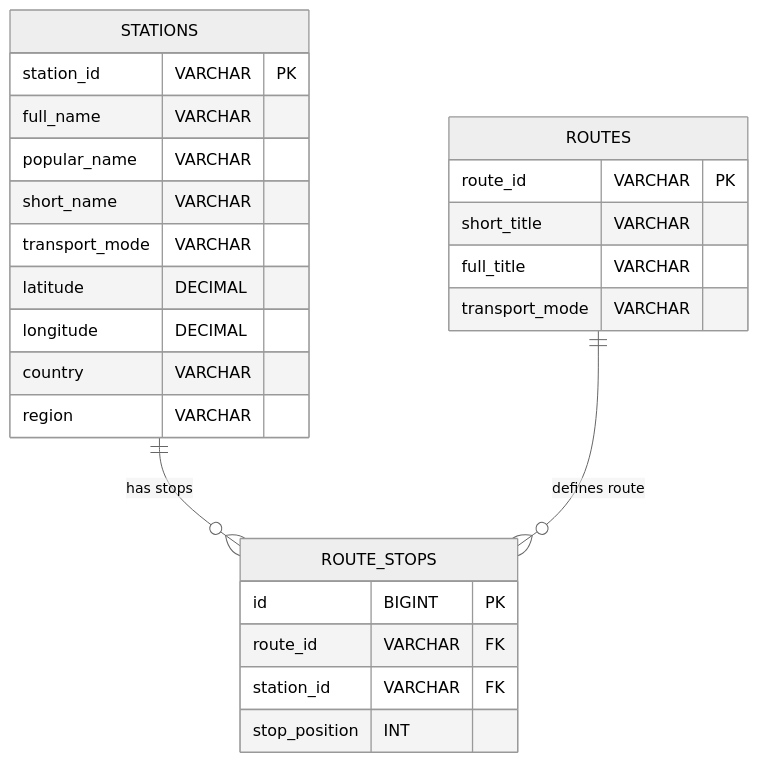
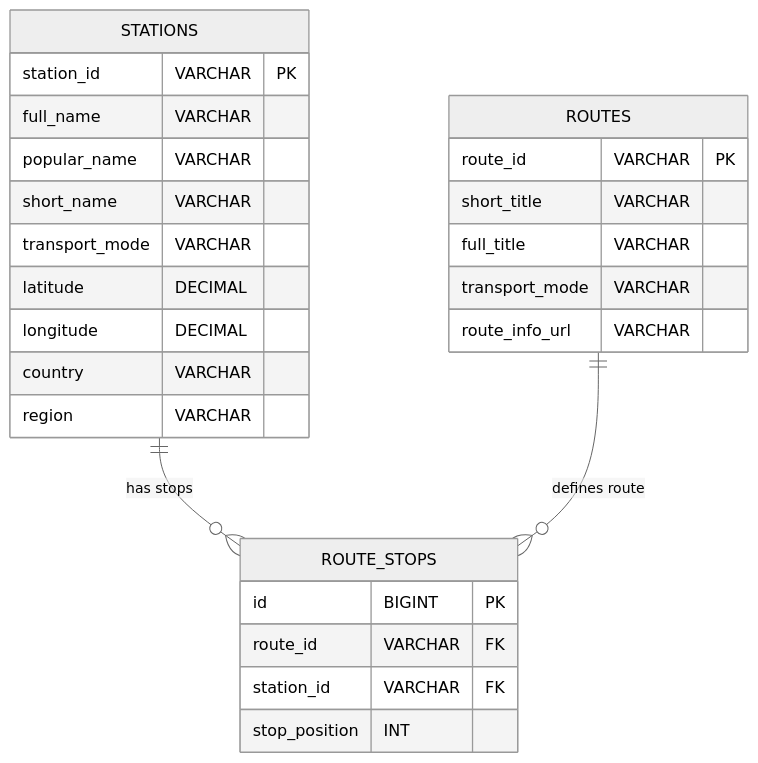
One commit to stone-w4tch3r/where2 changed the third of 3 diagrams in docs/apiToModelTransformation.md. Above: the diagram before and after it, drawn with Mermaid (neutral theme). The commit also changed other lines of this file, not shown here.

````diff
--- a/docs/apiToModelTransformation.md
+++ b/docs/apiToModelTransformation.md
@@ -96,30 +96,31 @@
 ```mermaid
 erDiagram
     %% === Tables ===
     STATIONS {
       station_id         VARCHAR PK
       full_name             VARCHAR
       popular_name          VARCHAR
       short_name            VARCHAR
       transport_mode        VARCHAR
       latitude              DECIMAL
       longitude             DECIMAL
       country               VARCHAR
       region                VARCHAR
     }
     ROUTES {
       route_id           VARCHAR PK
       short_title           VARCHAR
       full_title            VARCHAR
       transport_mode        VARCHAR
+      route_info_url        VARCHAR
     }
     ROUTE_STOPS {
       id                  BIGINT PK
       route_id           VARCHAR FK
       station_id         VARCHAR FK
       stop_position         INT
     }
     %% === Relationships ===
     STATIONS ||--o{ ROUTE_STOPS : "has stops"
     ROUTES   ||--o{ ROUTE_STOPS : "defines route"
 ```
````
